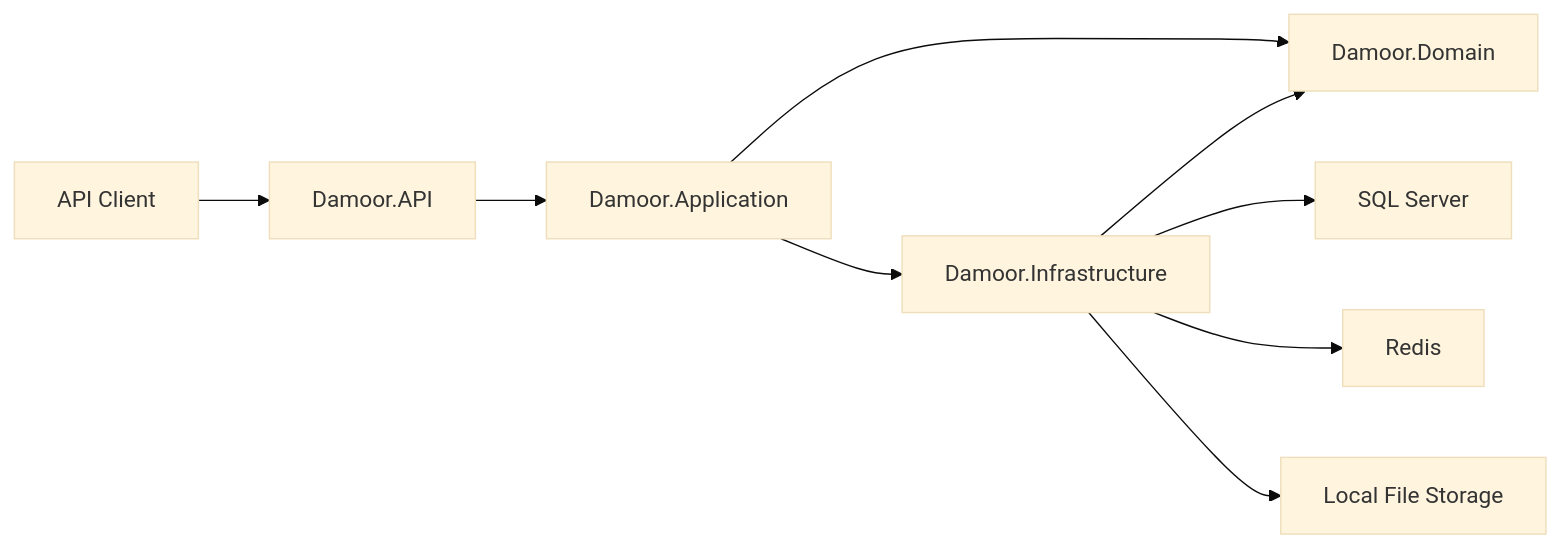
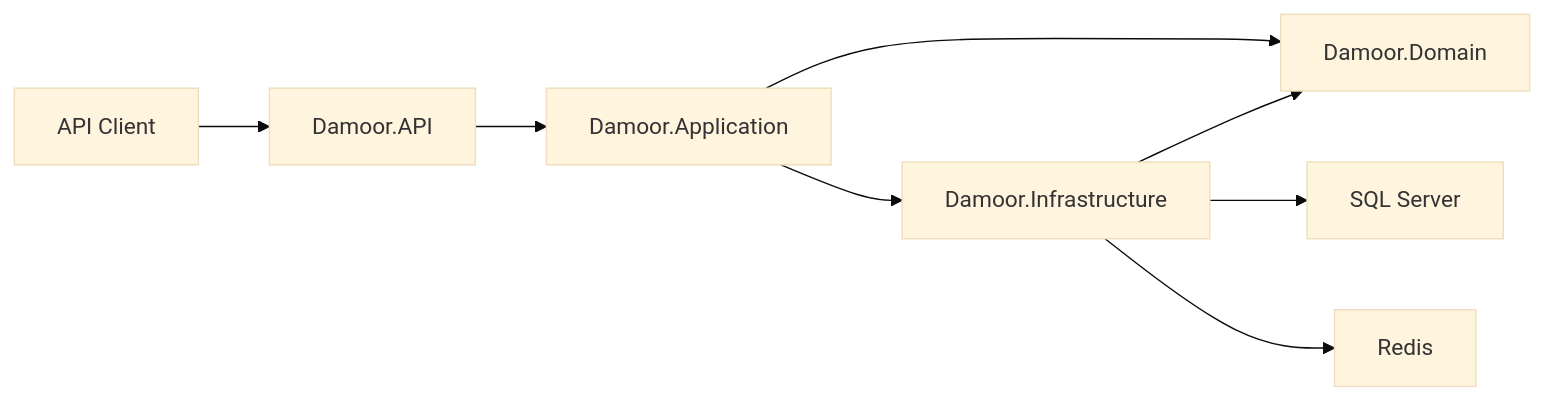
One commit to davzekry/Damoor changed the diagram in README.md. Above: the diagram before and after it, drawn with Mermaid (base theme). The commit also changed other lines of this file and 4 other files, not shown here.

````diff
--- a/README.md
+++ b/README.md
@@ -28,11 +20,10 @@
 ```mermaid
 flowchart LR
     Client["API Client"] --> API["Damoor.API"]
-    API --> Application["Damoor.Application"]
-    Application --> Domain["Damoor.Domain"]
-    Application --> Infrastructure["Damoor.Infrastructure"]
-    Infrastructure --> Domain
-    Infrastructure --> SQL["SQL Server"]
-    Infrastructure --> Redis["Redis"]
-    Infrastructure --> Files["Local File Storage"]
+    API --> App["Damoor.Application"]
+    App --> Domain["Damoor.Domain"]
+    App --> Infra["Damoor.Infrastructure"]
+    Infra --> Domain
+    Infra --> Sql["SQL Server"]
+    Infra --> Redis["Redis"]
 ```
````
